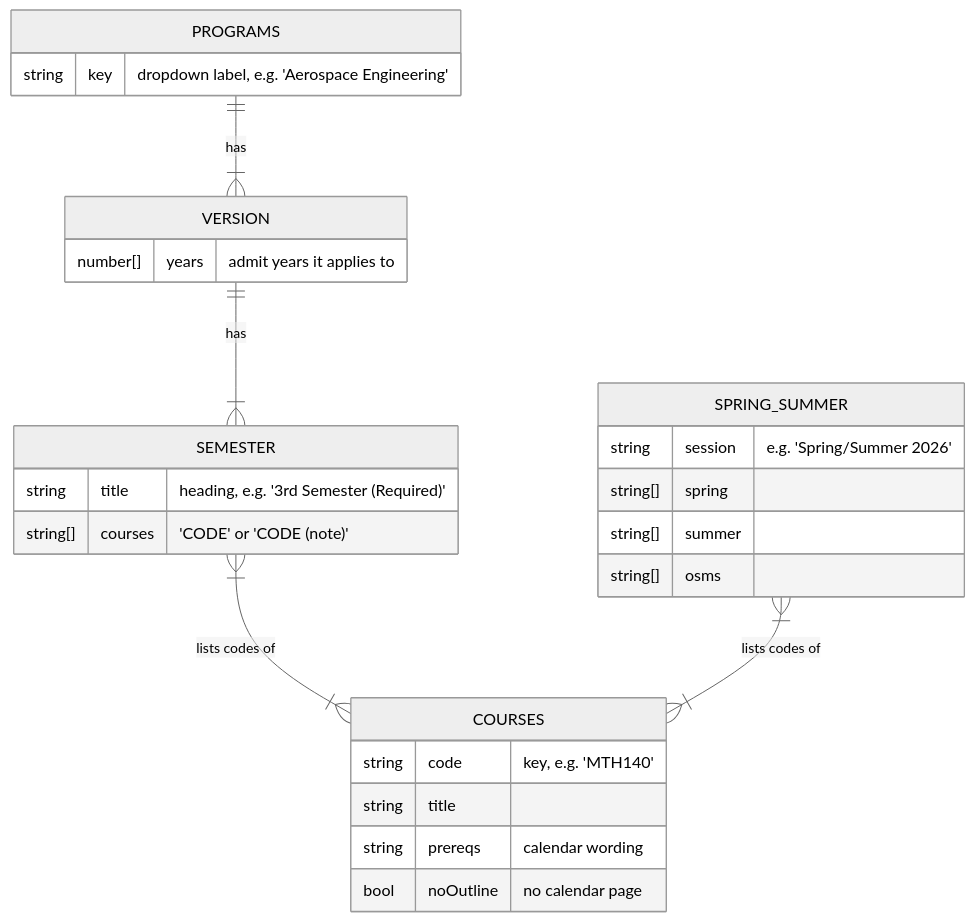
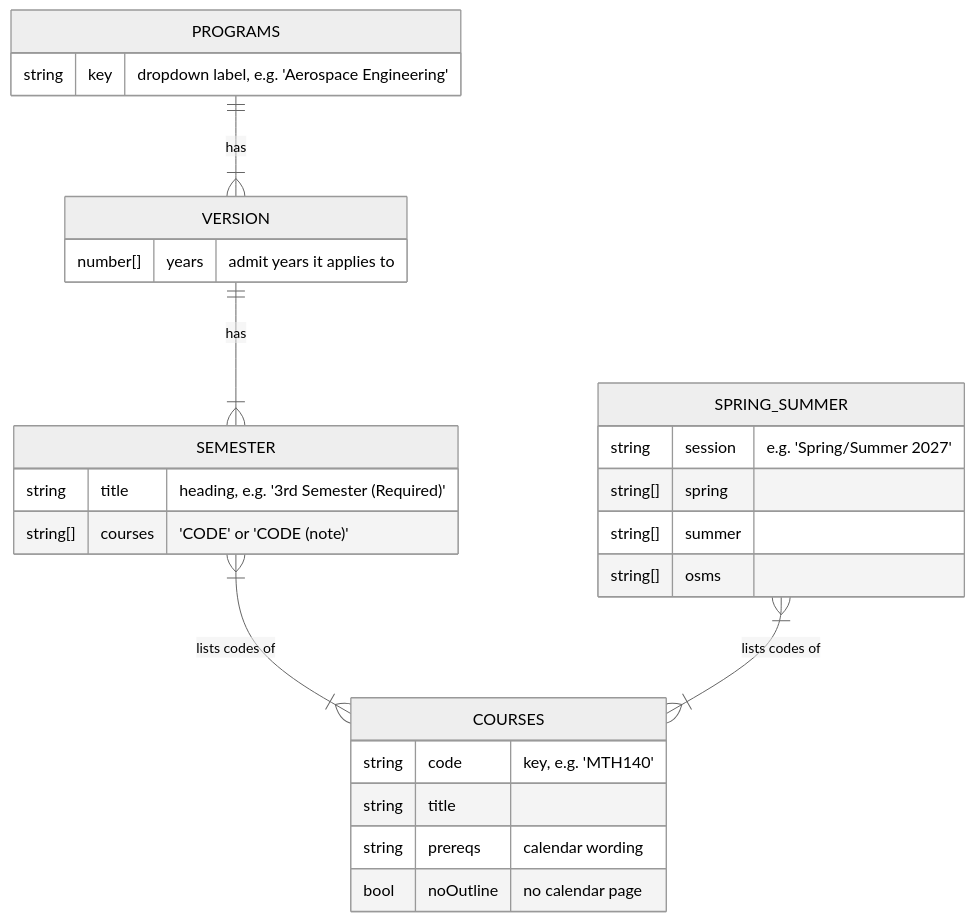
One commit to fyeoapp/2026-Course-Planning-Calculator---STAFF-BETA changed the third of 5 diagrams in docs/architecture.md. Above: the diagram before and after it, drawn with Mermaid (neutral theme). The commit also changed 2 other files, not shown here.

Commit message:
Update the Spring/Summer course list to the FEAS 2027 offerings
Spring adds ELE 302 and MTE 401 (moved from Summer) and drops AER 615
and CHE 319. Summer adds AER 606, MTE 751 and MTH 425. ASC 203 is left
out because it is not in any engineering curriculum.

````diff
--- a/docs/architecture.md
+++ b/docs/architecture.md
@@ -132,29 +132,29 @@
 ```mermaid
 erDiagram
     PROGRAMS ||--|{ VERSION : "has"
     VERSION ||--|{ SEMESTER : "has"
     SEMESTER }|--|{ COURSES : "lists codes of"
     SPRING_SUMMER }|--|{ COURSES : "lists codes of"
     PROGRAMS {
         string key "dropdown label, e.g. 'Aerospace Engineering'"
     }
     VERSION {
         number[] years "admit years it applies to"
     }
     SEMESTER {
         string title "heading, e.g. '3rd Semester (Required)'"
         string[] courses "'CODE' or 'CODE (note)'"
     }
     COURSES {
         string code "key, e.g. 'MTH140'"
         string title
         string prereqs "calendar wording"
         bool noOutline "no calendar page"
     }
     SPRING_SUMMER {
-        string session "e.g. 'Spring/Summer 2026'"
+        string session "e.g. 'Spring/Summer 2027'"
         string[] spring
         string[] summer
         string[] osms
     }
 ```
````
